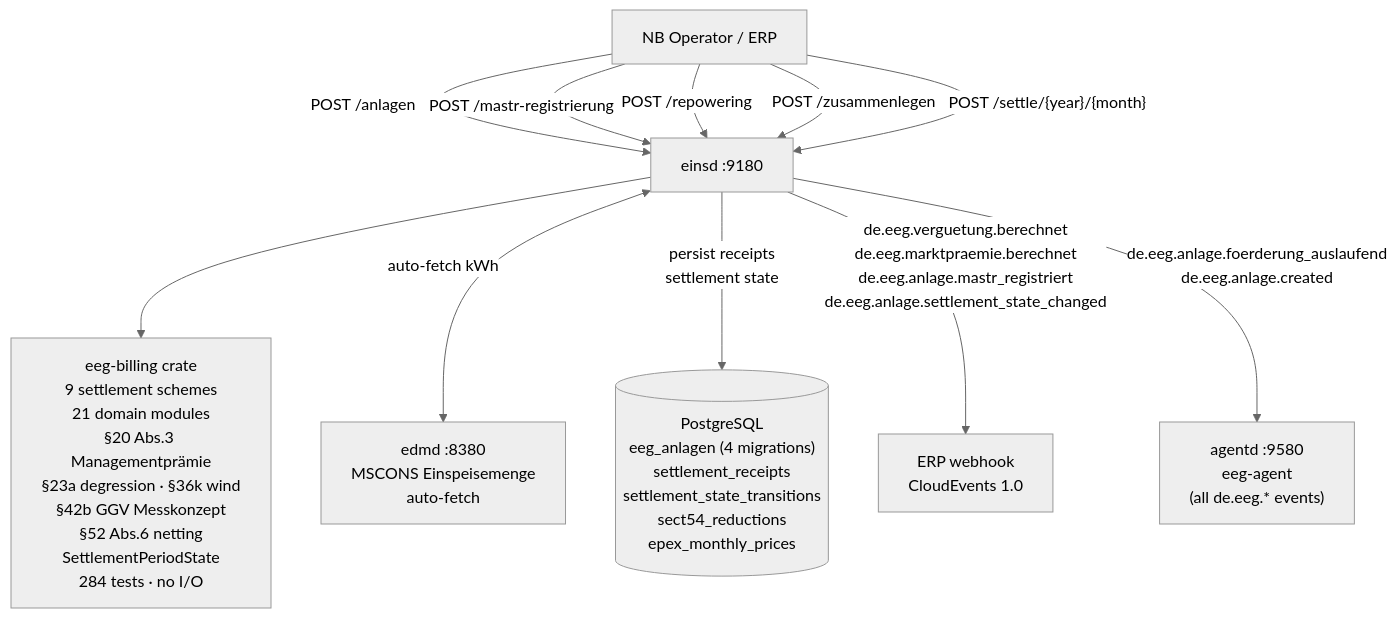
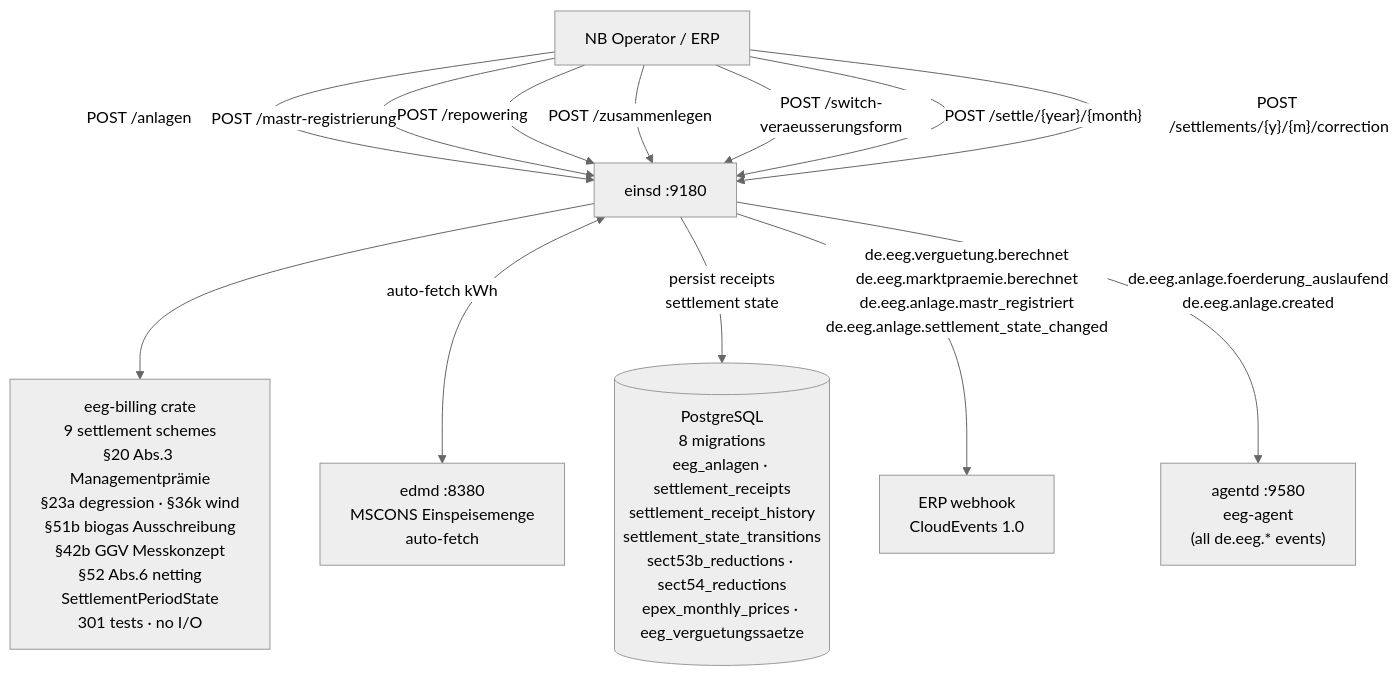
The first of 8 diagrams in docs/einsd.md (hupe1980/mako), drawn with Mermaid (neutral theme) before and after one commit. The commit also changed other lines of this file and 74 other files, not shown here.

````diff
--- a/docs/einsd.md
+++ b/docs/einsd.md
@@ -30,21 +30,23 @@
 ```mermaid
 graph TB
     Operator["NB Operator / ERP"]
     edmd["edmd :8380\nMSCONS Einspeisemenge\nauto-fetch"]
     einsd["einsd :9180"]
-    eeg_billing["eeg-billing crate\n9 settlement schemes\n21 domain modules\n§20 Abs.3 Managementprämie\n§23a degression · §36k wind\n§42b GGV Messkonzept\n§52 Abs.6 netting\nSettlementPeriodState\n284 tests · no I/O"]
-    db[("PostgreSQL\neeg_anlagen (4 migrations)\nsettlement_receipts\nsettlement_state_transitions\nsect54_reductions\nepex_monthly_prices")]
+    eeg_billing["eeg-billing crate\n9 settlement schemes\n§20 Abs.3 Managementprämie\n§23a degression · §36k wind\n§51b biogas Ausschreibung\n§42b GGV Messkonzept\n§52 Abs.6 netting\nSettlementPeriodState\n301 tests · no I/O"]
+    db[("PostgreSQL\n8 migrations\neeg_anlagen · settlement_receipts\nsettlement_receipt_history\nsettlement_state_transitions\nsect53b_reductions · sect54_reductions\nepex_monthly_prices · eeg_verguetungssaetze")]
     erp["ERP webhook\nCloudEvents 1.0"]
     agentd["agentd :9580\neeg-agent\n(all de.eeg.* events)"]
 
     Operator -->|"POST /anlagen"| einsd
     Operator -->|"POST /mastr-registrierung"| einsd
     Operator -->|"POST /repowering"| einsd
     Operator -->|"POST /zusammenlegen"| einsd
+    Operator -->|"POST /switch-veraeusserungsform"| einsd
     Operator -->|"POST /settle/{year}/{month}"| einsd
+    Operator -->|"POST /settlements/{y}/{m}/correction"| einsd
     einsd --> eeg_billing
     einsd <-->|"auto-fetch kWh"| edmd
     einsd -->|"persist receipts\nsettlement state"| db
     einsd -->|"de.eeg.verguetung.berechnet\nde.eeg.marktpraemie.berechnet\nde.eeg.anlage.mastr_registriert\nde.eeg.anlage.settlement_state_changed"| erp
     einsd -->|"de.eeg.anlage.foerderung_auslaufend\nde.eeg.anlage.created"| agentd
 ```
````
